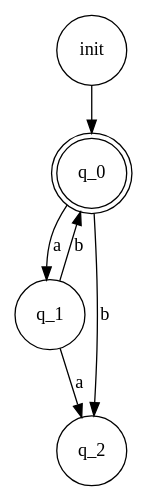
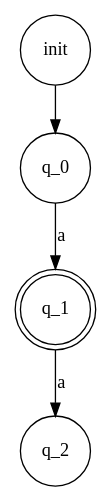
One commit to salcosser/grepy changed the diagram in _Grepy/grepy/DFA.DOT. Above: the diagram before and after it, drawn with Graphviz. The commit also changed 5 other files, not shown here.

```diff
--- a/_Grepy/grepy/DFA.DOT
+++ b/_Grepy/grepy/DFA.DOT
@@ -1,11 +1,9 @@
 digraph DFA {
 rankdir=q
 size="8,5"
-node [shape = doublecircle]; q_0;
+node [shape = doublecircle]; q_1;
 node [shape = circle];
 init -> q_0 [style=solid]
 q_0 -> q_1 [ label= "a"];
-q_0 -> q_2 [ label= "b"];
-q_1 -> q_0 [ label= "b"];
 q_1 -> q_2 [ label= "a"];
 }
```
